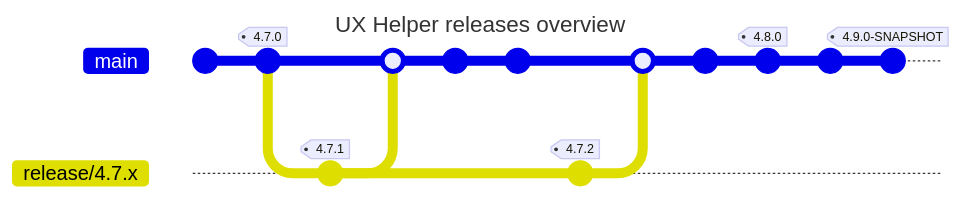
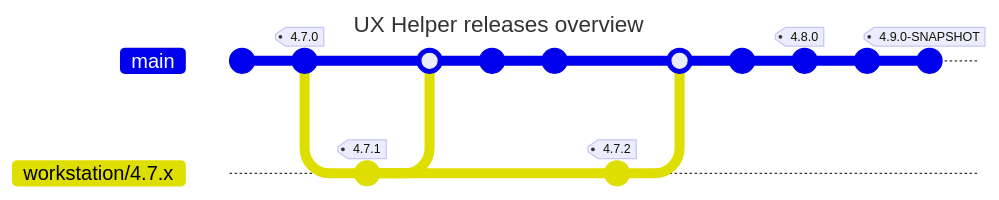
The first of 2 diagrams in RELEASING.md (ROKT/rokt-ux-helper-android), drawn with Mermaid before and after one commit. The commit also changed other lines of this file and 1 other file, not shown here. Commit ids are hidden.

First line of the commit message:
fix(ci): publish from workstation/* branches instead of release/*.x

````diff
--- a/RELEASING.md
+++ b/RELEASING.md
@@ -3,24 +3,24 @@
 ```mermaid
 ---
 title: UX Helper releases overview
 ---
 
 gitGraph
     commit
     commit tag: "4.7.0"
-    branch release/4.7.x
-    checkout release/4.7.x
+    branch workstation/4.7.x
+    checkout workstation/4.7.x
     commit tag: "4.7.1"
     checkout main
-    merge release/4.7.x
+    merge workstation/4.7.x
     commit
     commit
-    checkout release/4.7.x
+    checkout workstation/4.7.x
     commit tag: "4.7.2"
     checkout main
-    merge release/4.7.x
+    merge workstation/4.7.x
     commit
     commit tag: "4.8.0"
     commit
     commit tag: "4.9.0-SNAPSHOT"
 ```
````
